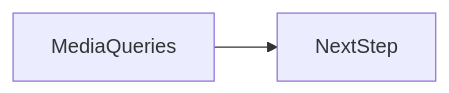
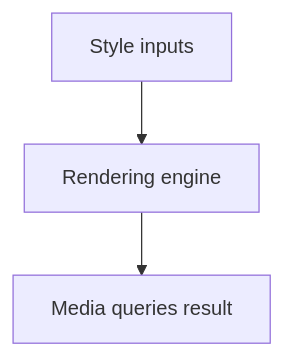
One commit to OmidJavaherii/Frontend-Engineering-Handbook changed the second of 2 diagrams in docs/en/05-css/media-queries/index.md. Above: the diagram before and after it, drawn with Mermaid. The commit also changed other lines of this file and 461 other files, not shown here.

````diff
--- a/docs/en/05-css/media-queries/index.md
+++ b/docs/en/05-css/media-queries/index.md
@@ -96,4 +112,5 @@
 ```mermaid
-flowchart LR
-  concept[MediaQueries] --> nextStep[NextStep]
+flowchart TD
+  Input[Style inputs] --> Engine[Rendering engine]
+  Engine --> Out[Media queries result]
 ```
````
